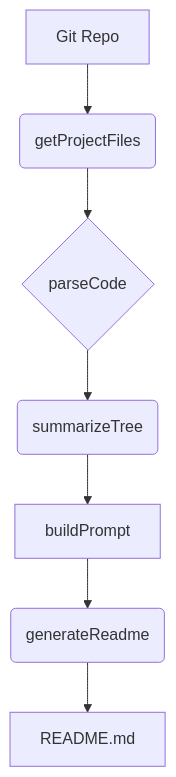
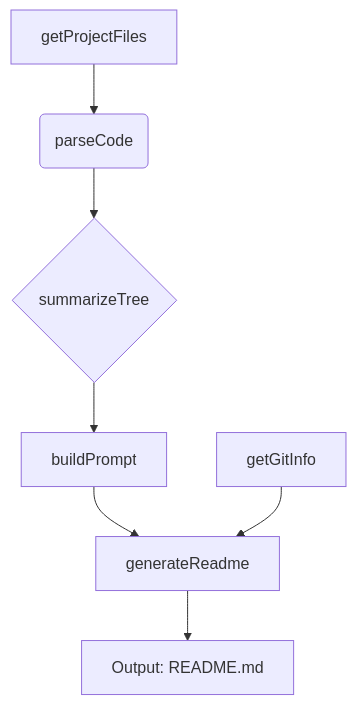
One commit to PIYUSH1SAINI/ReadMe-wiz changed the first of 2 diagrams in README.md. Above: the diagram before and after it, drawn with Mermaid. The commit also changed other lines of this file and 1 other file, not shown here.

````diff
--- a/README.md
+++ b/README.md
@@ -12,10 +12,9 @@
 ```mermaid
 graph TD
-    A[Git Repo] --> B(getProjectFiles);
-    B --> C{parseCode};
-    C --> D(summarizeTree);
-    D --> E[buildPrompt];
-    E --> F(generateReadme);
-    F --> G[README.md];
-
+    A[getProjectFiles] --> B(parseCode);
+    B --> C{summarizeTree};
+    C --> D[buildPrompt];
+    D --> E[generateReadme];
+    E --> F[Output: README.md];
+    G[getGitInfo] --> E;
 ```
````
